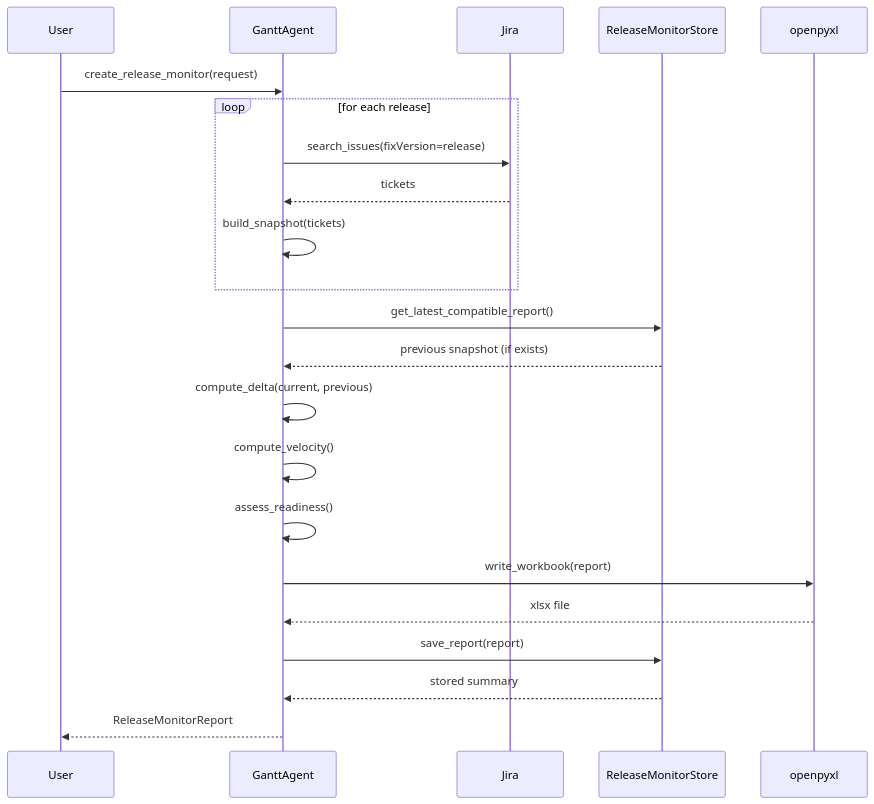
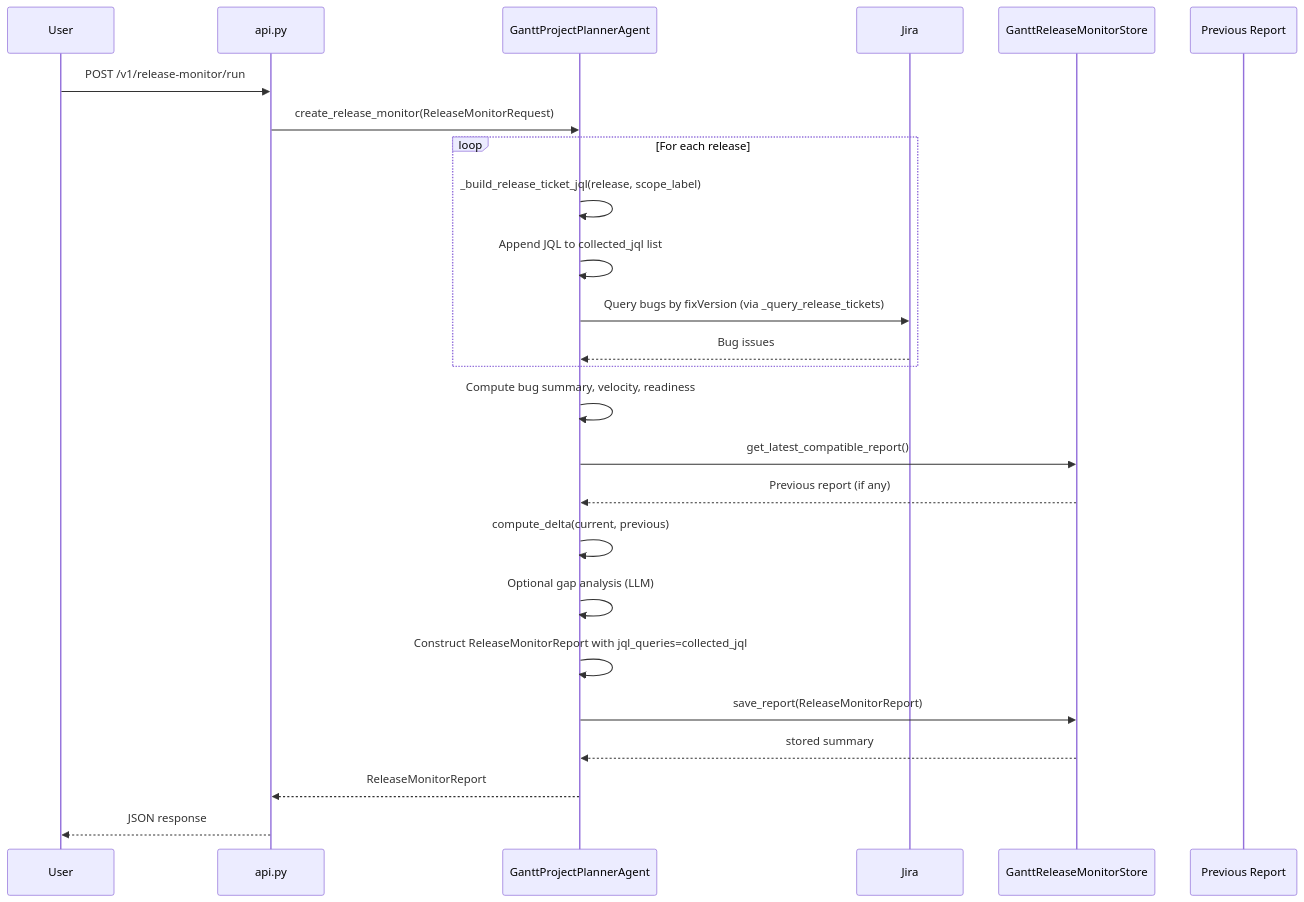
One commit to jmac-cornelis/agent-workforce changed the third of 4 diagrams in docs/agents-gantt.md. Above: the diagram before and after it, drawn with Mermaid. The commit also changed other lines of this file and 4 other files, not shown here.

````diff
--- a/docs/agents-gantt.md
+++ b/docs/agents-gantt.md
@@ -105,25 +106,28 @@
 ```mermaid
 sequenceDiagram
     participant User
-    participant Agent as GanttAgent
+    participant API as api.py
+    participant Agent as GanttProjectPlannerAgent
     participant Jira
-    participant MonStore as ReleaseMonitorStore
-    participant Excel as openpyxl
-    
-    User->>Agent: create_release_monitor(request)
-    loop for each release
-        Agent->>Jira: search_issues(fixVersion=release)
-        Jira-->>Agent: tickets
-        Agent->>Agent: build_snapshot(tickets)
+    participant RMStore as GanttReleaseMonitorStore
+    participant PrevReport as Previous Report
+
+    User->>API: POST /v1/release-monitor/run
+    API->>Agent: create_release_monitor(ReleaseMonitorRequest)
+    loop For each release
+        Agent->>Agent: _build_release_ticket_jql(release, scope_label)
+        Agent->>Agent: Append JQL to collected_jql list
+        Agent->>Jira: Query bugs by fixVersion (via _query_release_tickets)
+        Jira-->>Agent: Bug issues
     end
-    Agent->>MonStore: get_latest_compatible_report()
-    MonStore-->>Agent: previous snapshot (if exists)
+    Agent->>Agent: Compute bug summary, velocity, readiness
+    Agent->>RMStore: get_latest_compatible_report()
+    RMStore-->>Agent: Previous report (if any)
     Agent->>Agent: compute_delta(current, previous)
-    Agent->>Agent: compute_velocity()
-    Agent->>Agent: assess_readiness()
-    Agent->>Excel: write_workbook(report)
-    Excel-->>Agent: xlsx file
-    Agent->>MonStore: save_report(report)
-    MonStore-->>Agent: stored summary
-    Agent-->>User: ReleaseMonitorReport
+    Agent->>Agent: Optional gap analysis (LLM)
+    Agent->>Agent: Construct ReleaseMonitorReport with jql_queries=collected_jql
+    Agent->>RMStore: save_report(ReleaseMonitorReport)
+    RMStore-->>Agent: stored summary
+    Agent-->>API: ReleaseMonitorReport
+    API-->>User: JSON response
 ```
````
